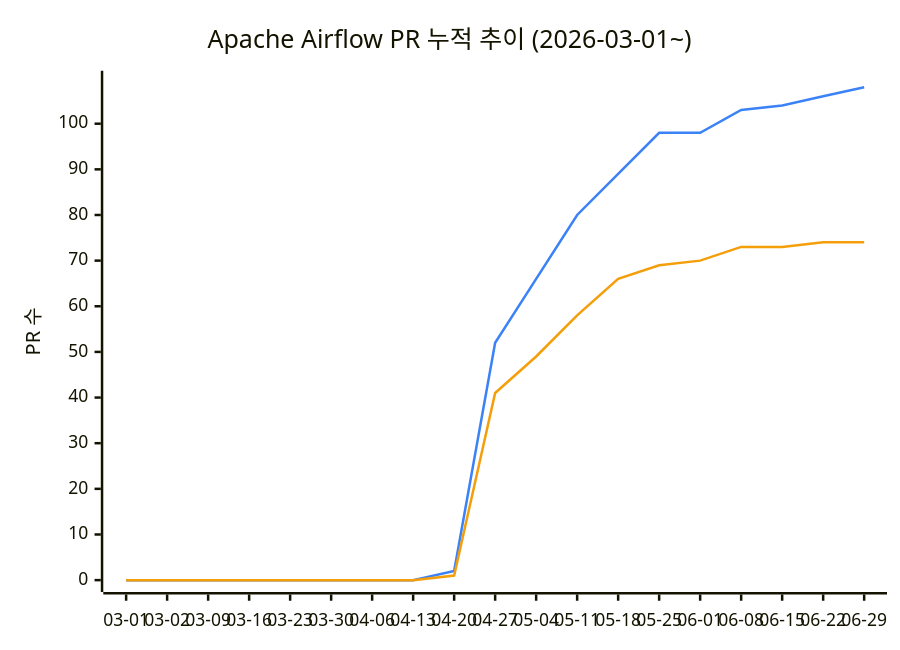
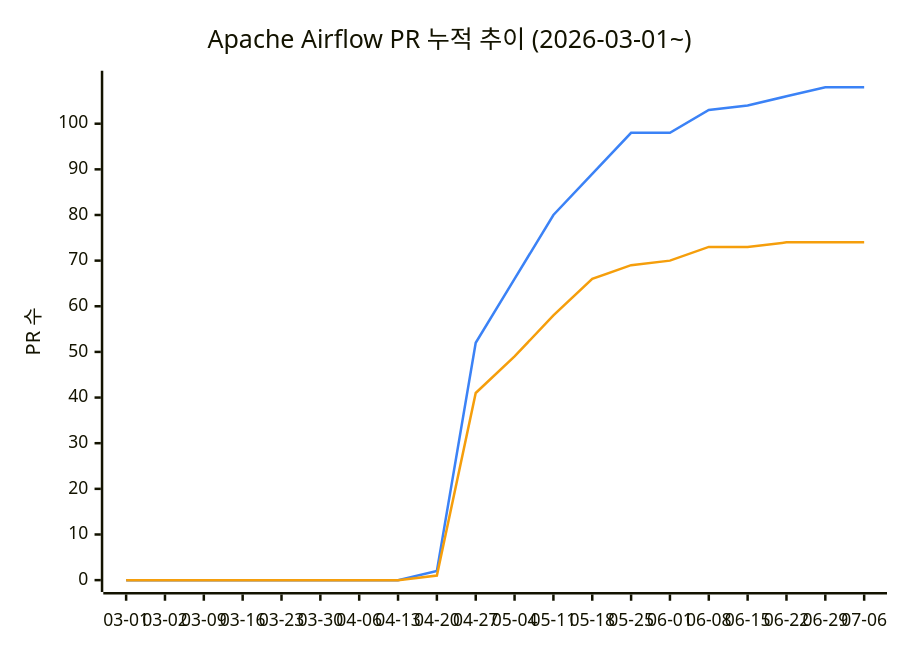
One commit to AirflowKorea/ossca changed the diagram in README.md. Above: the diagram before and after it, drawn with Mermaid. The commit also changed other lines of this file, not shown here.

Commit message:
chore: update PR stats (2026-07-06 22:17 UTC)

````diff
--- a/README.md
+++ b/README.md
@@ -11,9 +11,9 @@
 ```mermaid
 %%{init: {"themeVariables": {"xyChart": {"plotColorPalette": "#3b82f6, #f59e0b"}}}}%%
 xychart-beta
     title "Apache Airflow PR 누적 추이 (2026-03-01~)"
-    x-axis ["03-01", "03-02", "03-09", "03-16", "03-23", "03-30", "04-06", "04-13", "04-20", "04-27", "05-04", "05-11", "05-18", "05-25", "06-01", "06-08", "06-15", "06-22", "06-29"]
+    x-axis ["03-01", "03-02", "03-09", "03-16", "03-23", "03-30", "04-06", "04-13", "04-20", "04-27", "05-04", "05-11", "05-18", "05-25", "06-01", "06-08", "06-15", "06-22", "06-29", "07-06"]
     y-axis "PR 수" 0 --> 109
-    line [0, 0, 0, 0, 0, 0, 0, 0, 2, 52, 66, 80, 89, 98, 98, 103, 104, 106, 108]
-    line [0, 0, 0, 0, 0, 0, 0, 0, 1, 41, 49, 58, 66, 69, 70, 73, 73, 74, 74]
+    line [0, 0, 0, 0, 0, 0, 0, 0, 2, 52, 66, 80, 89, 98, 98, 103, 104, 106, 108, 108]
+    line [0, 0, 0, 0, 0, 0, 0, 0, 1, 41, 49, 58, 66, 69, 70, 73, 73, 74, 74, 74]
 ```
````
